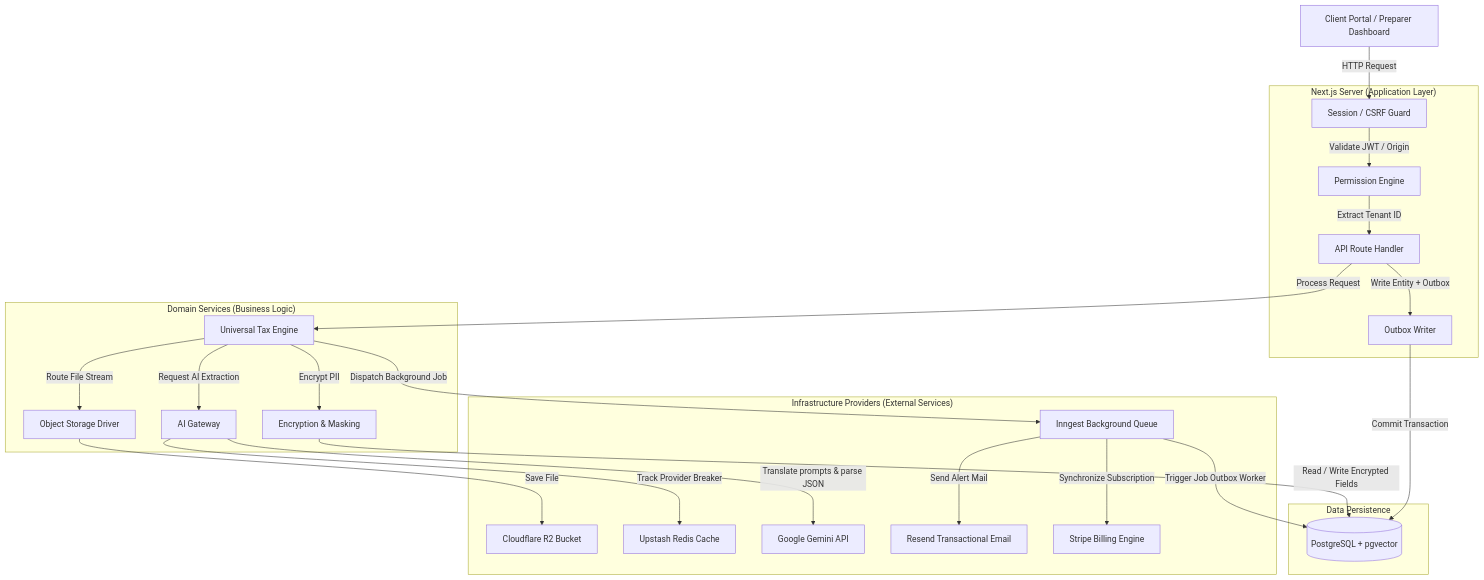
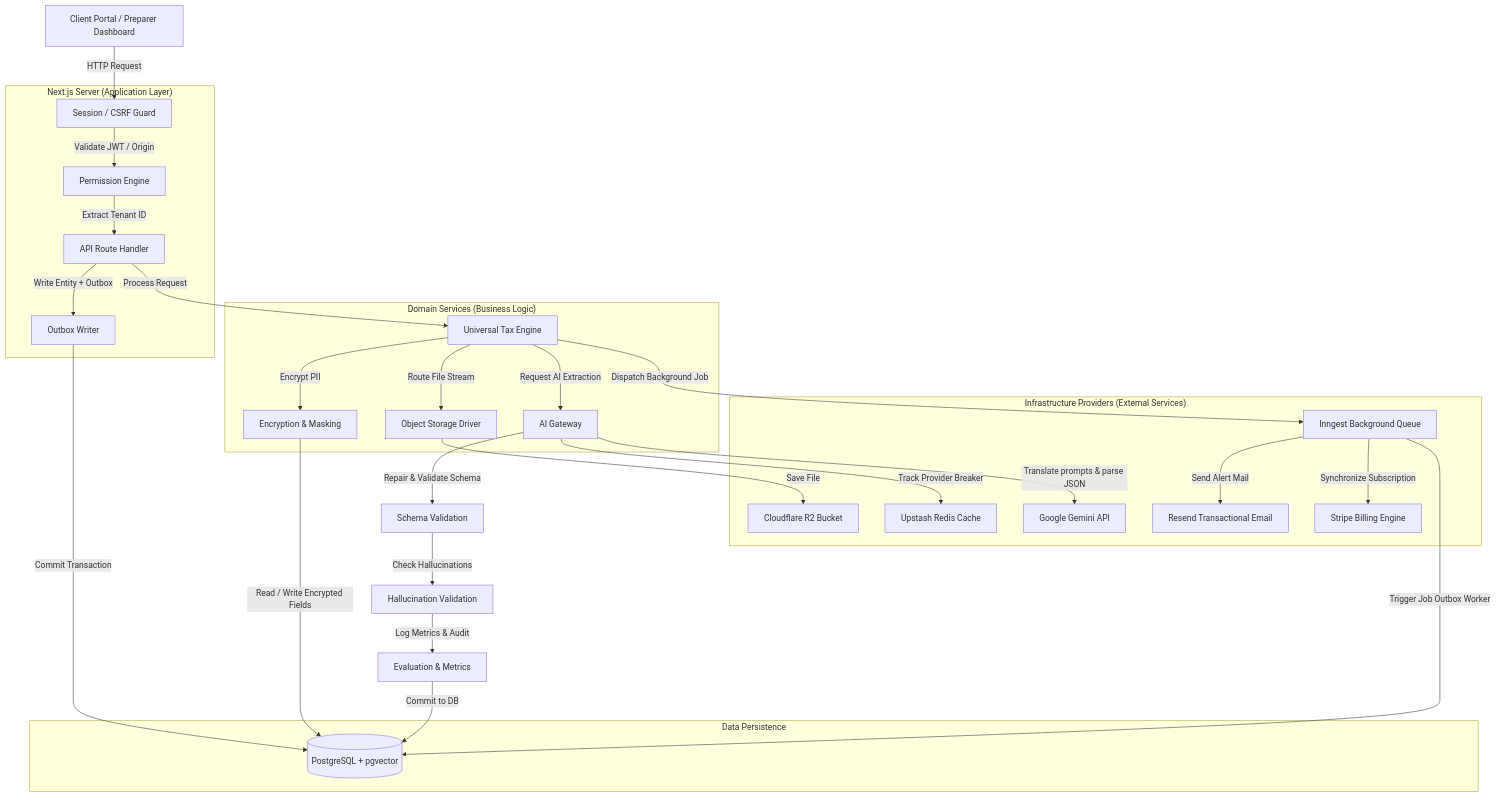
One commit to Siam-449840/TaxDox-AI changed the first of 3 diagrams in README.md. Above: the diagram before and after it, drawn with Mermaid. The commit also changed other lines of this file, not shown here.

Commit message:
docs: finalize README.md with technology stack additions, health checks, and diagram updates

````diff
--- a/README.md
+++ b/README.md
@@ -116,53 +126,57 @@
 ```mermaid
 graph TD
     Browser[Client Portal / Preparer Dashboard]
     
     subgraph NextJS["Next.js Server (Application Layer)"]
         Middleware[Session / CSRF Guard]
         PermEngine[Permission Engine]
         RouteHandler[API Route Handler]
         OutboxWriter[Outbox Writer]
     end
     
     subgraph ServiceLayer["Domain Services (Business Logic)"]
         TaxEngine[Universal Tax Engine]
         CryptoSvc[Encryption & Masking]
         StoreSvc[Object Storage Driver]
         AIGateway[AI Gateway]
     end
     
     subgraph Infra["Infrastructure Providers (External Services)"]
         R2[Cloudflare R2 Bucket]
         Redis[Upstash Redis Cache]
         Gemini[Google Gemini API]
         Inngest[Inngest Background Queue]
         Resend[Resend Transactional Email]
         Stripe[Stripe Billing Engine]
     end
     
     subgraph DB["Data Persistence"]
         Postgres[(PostgreSQL + pgvector)]
     end
 
     Browser -->|HTTP Request| Middleware
     Middleware -->|Validate JWT / Origin| PermEngine
     PermEngine -->|Extract Tenant ID| RouteHandler
     
     RouteHandler -->|Process Request| TaxEngine
     RouteHandler -->|Write Entity + Outbox| OutboxWriter
     OutboxWriter -->|Commit Transaction| Postgres
     
     TaxEngine -->|Encrypt PII| CryptoSvc
     TaxEngine -->|Dispatch Background Job| Inngest
     TaxEngine -->|Route File Stream| StoreSvc
     TaxEngine -->|Request AI Extraction| AIGateway
     
     StoreSvc -->|Save File| R2
     CryptoSvc -->|Read / Write Encrypted Fields| Postgres
     AIGateway -->|Translate prompts & parse JSON| Gemini
     AIGateway -->|Track Provider Breaker| Redis
+    AIGateway -->|Repair & Validate Schema| SchemaVal[Schema Validation]
+    SchemaVal -->|Check Hallucinations| HallCheck[Hallucination Validation]
+    HallCheck -->|Log Metrics & Audit| MetricsAudit[Evaluation & Metrics]
+    MetricsAudit -->|Commit to DB| Postgres
     
     Inngest -->|Trigger Job Outbox Worker| Postgres
     Inngest -->|Send Alert Mail| Resend
     Inngest -->|Synchronize Subscription| Stripe
 ```
````
